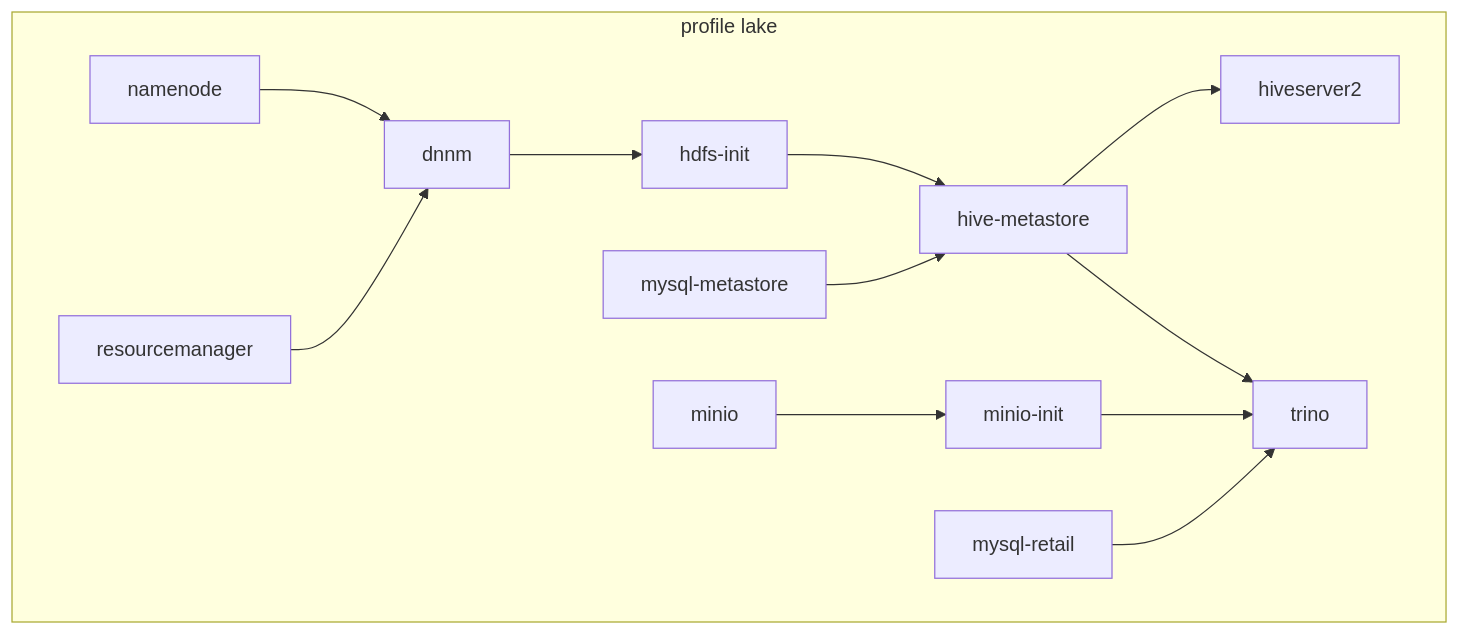
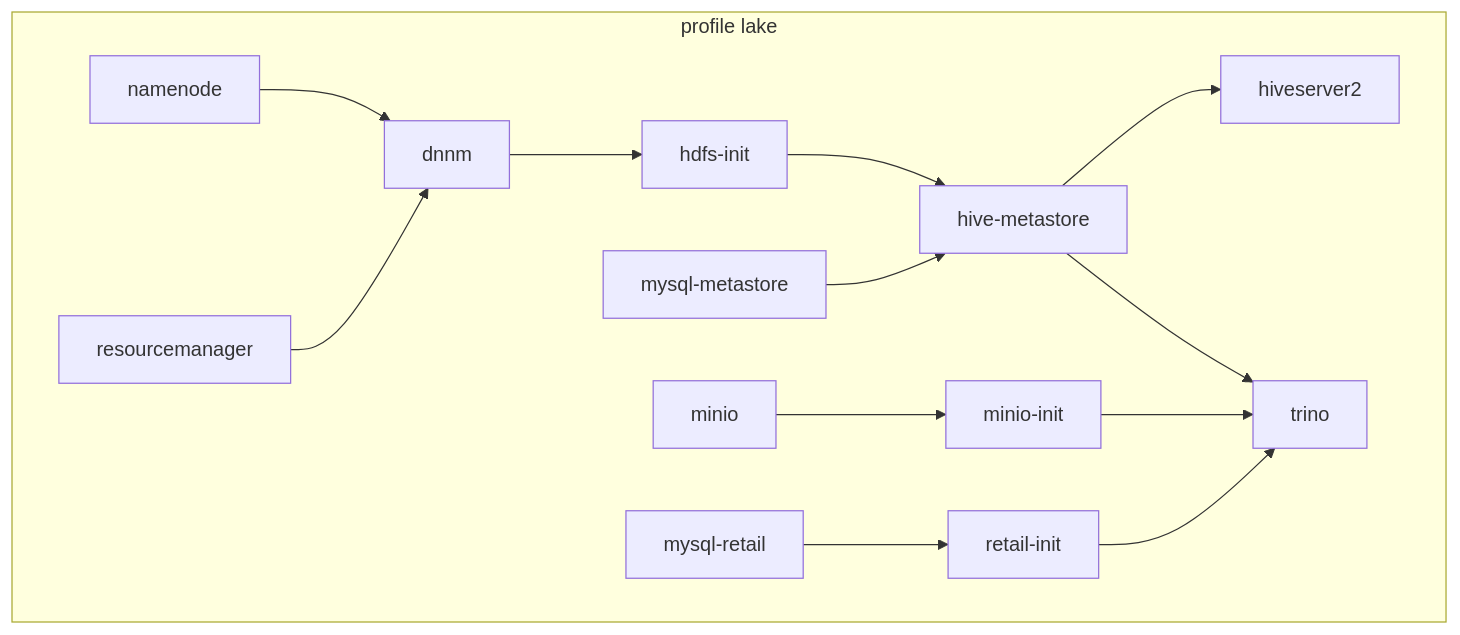
The second of 6 diagrams in README.md (iesataulfoargentasor/bigdata-stack-docker), drawn with Mermaid before and after one commit. The commit also changed other lines of this file and 12 other files, not shown here.

````diff
--- a/README.md
+++ b/README.md
@@ -107,12 +108,12 @@
 ```mermaid
 flowchart LR
     subgraph lake["profile lake"]
         direction LR
         nn[namenode] --> dnnm --> hi[hdfs-init] --> hms[hive-metastore] --> hs2[hiveserver2]
         rm[resourcemanager] --> dnnm
         mym[mysql-metastore] --> hms
         hms --> tr[trino]
         mi[minio] --> mii[minio-init] --> tr
-        myr[mysql-retail] --> tr
+        myr[mysql-retail] --> ri[retail-init] --> tr
     end
 ```
````
